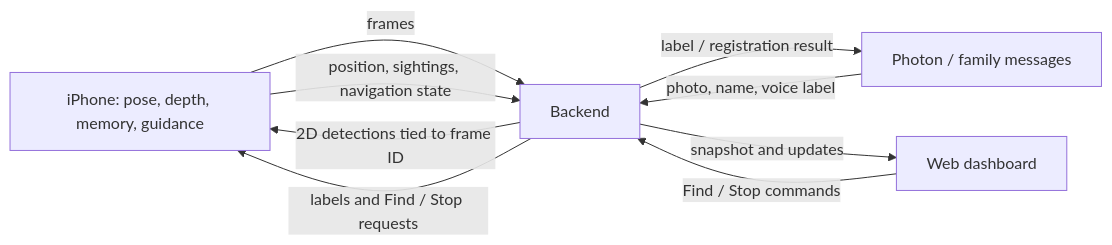
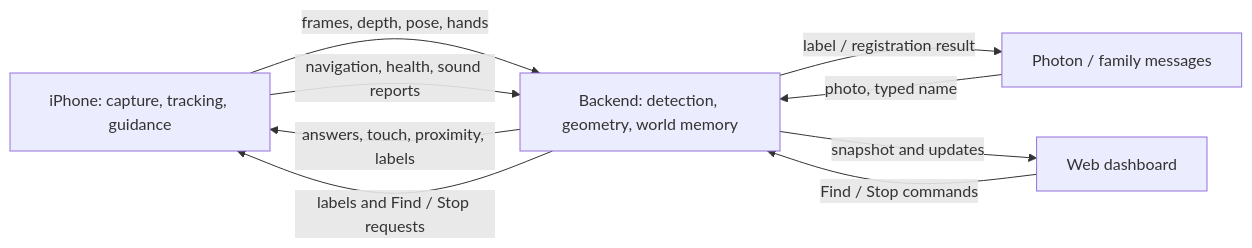
The diagram in frontend/docs/frontend-backend-contract.md (utk7arsh/MarcoPolo), drawn with Mermaid before and after one commit. The commit also changed other lines of this file and 28 other files, not shown here.

````diff
--- a/frontend/docs/frontend-backend-contract.md
+++ b/frontend/docs/frontend-backend-contract.md
@@ -23,11 +23,11 @@
 ```mermaid
 flowchart LR
-    P[iPhone: pose, depth, memory, guidance] -->|frames| B[Backend]
-    B -->|2D detections tied to frame ID| P
-    P -->|position, sightings, navigation state| B
-    H[Photon / family messages] -->|photo, name, voice label| B
+    P[iPhone: capture, tracking, guidance] -->|frames, depth, pose, hands| B[Backend: detection, geometry, world memory]
+    B -->|answers, touch, proximity, labels| P
+    P -->|navigation, health, sound reports| B
+    H[Photon / family messages] -->|photo, typed name| B
     B -->|label / registration result| H
     B -->|labels and Find / Stop requests| P
     B -->|snapshot and updates| W[Web dashboard]
     W -->|Find / Stop commands| B
 ```
````
